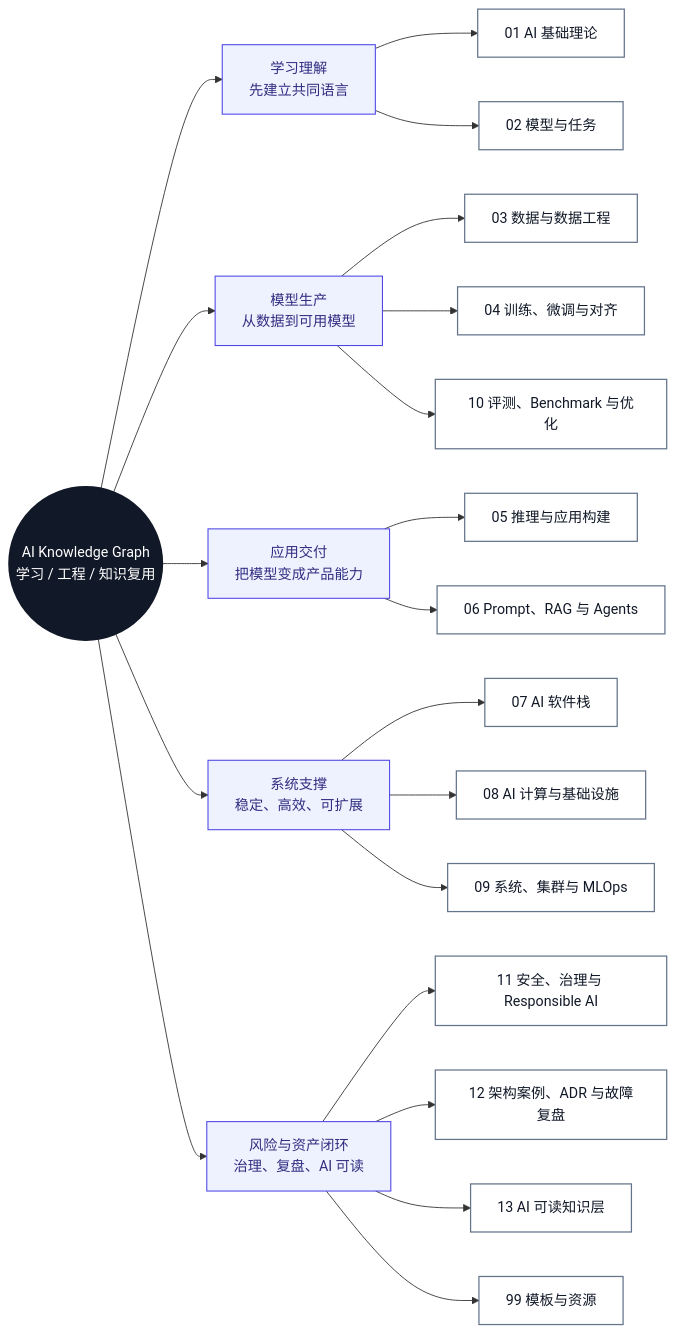
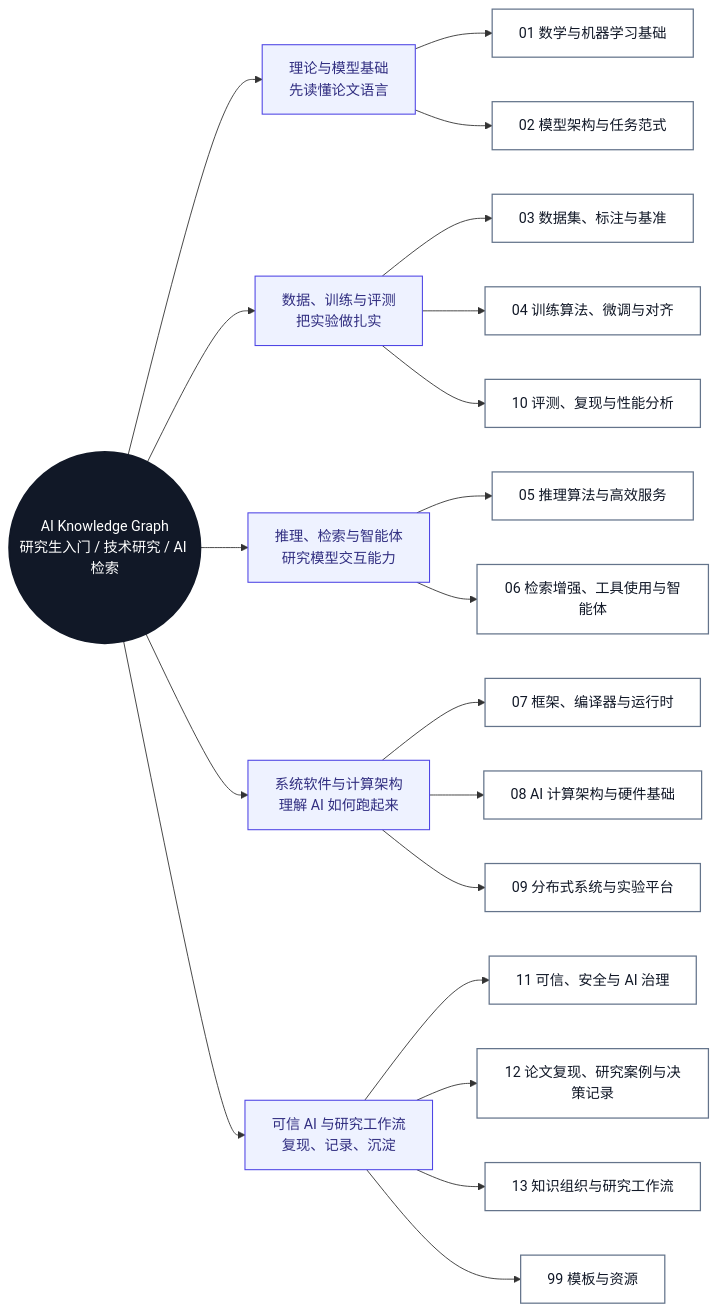
The first of 6 diagrams in docs/knowledge-map.md (AmourSec/aikg), drawn with Mermaid before and after one commit. The commit also changed other lines of this file and 22 other files, not shown here.

````diff
--- a/docs/knowledge-map.md
+++ b/docs/knowledge-map.md
@@ -15,52 +15,52 @@
 ```mermaid
 flowchart LR
-  KG(("AI Knowledge Graph<br/>学习 / 工程 / 知识复用"))
+  KG(("AI Knowledge Graph<br/>研究生入门 / 技术研究 / AI 检索"))
 
-  KG --> S1["学习理解<br/>先建立共同语言"]
-  KG --> S2["模型生产<br/>从数据到可用模型"]
-  KG --> S3["应用交付<br/>把模型变成产品能力"]
-  KG --> S4["系统支撑<br/>稳定、高效、可扩展"]
-  KG --> S5["风险与资产闭环<br/>治理、复盘、AI 可读"]
+  KG --> S1["理论与模型基础<br/>先读懂论文语言"]
+  KG --> S2["数据、训练与评测<br/>把实验做扎实"]
+  KG --> S3["推理、检索与智能体<br/>研究模型交互能力"]
+  KG --> S4["系统软件与计算架构<br/>理解 AI 如何跑起来"]
+  KG --> S5["可信 AI 与研究工作流<br/>复现、记录、沉淀"]
 
-  S1 --> M01["01 AI 基础理论"]
-  S1 --> M02["02 模型与任务"]
+  S1 --> M01["01 数学与机器学习基础"]
+  S1 --> M02["02 模型架构与任务范式"]
 
-  S2 --> M03["03 数据与数据工程"]
-  S2 --> M04["04 训练、微调与对齐"]
-  S2 --> M10["10 评测、Benchmark 与优化"]
+  S2 --> M03["03 数据集、标注与基准"]
+  S2 --> M04["04 训练算法、微调与对齐"]
+  S2 --> M10["10 评测、复现与性能分析"]
 
-  S3 --> M05["05 推理与应用构建"]
-  S3 --> M06["06 Prompt、RAG 与 Agents"]
+  S3 --> M05["05 推理算法与高效服务"]
+  S3 --> M06["06 检索增强、工具使用与智能体"]
 
-  S4 --> M07["07 AI 软件栈"]
-  S4 --> M08["08 AI 计算与基础设施"]
-  S4 --> M09["09 系统、集群与 MLOps"]
+  S4 --> M07["07 框架、编译器与运行时"]
+  S4 --> M08["08 AI 计算架构与硬件基础"]
+  S4 --> M09["09 分布式系统与实验平台"]
 
-  S5 --> M11["11 安全、治理与 Responsible AI"]
-  S5 --> M12["12 架构案例、ADR 与故障复盘"]
-  S5 --> M13["13 AI 可读知识层"]
+  S5 --> M11["11 可信、安全与 AI 治理"]
+  S5 --> M12["12 论文复现、研究案例与决策记录"]
+  S5 --> M13["13 知识组织与研究工作流"]
   S5 --> M99["99 模板与资源"]
 
   click KG "../" "打开首页"
-  click M01 "../01-ai-basics/" "打开 AI 基础理论"
-  click M02 "../02-models-and-tasks/" "打开模型与任务"
-  click M03 "../03-data-engineering/" "打开数据与数据工程"
-  click M04 "../04-training-finetuning-alignment/" "打开训练、微调与对齐"
-  click M05 "../05-inference-apps/" "打开推理与应用构建"
-  click M06 "../06-prompt-rag-agents/" "打开 Prompt、RAG 与 Agents"
-  click M07 "../07-ai-software-stack/" "打开 AI 软件栈"
-  click M08 "../08-ai-compute-infra/" "打开 AI 计算与基础设施"
-  click M09 "../09-systems-mlops/" "打开系统、集群与 MLOps"
-  click M10 "../10-evaluation-benchmark-optimization/" "打开评测、Benchmark 与优化"
-  click M11 "../11-safety-governance/" "打开安全、治理与 Responsible AI"
-  click M12 "../12-architecture-cases/" "打开架构案例、ADR 与故障复盘"
-  click M13 "../13-ai-indexing/" "打开 AI 可读知识层"
+  click M01 "../01-ai-basics/" "打开数学与机器学习基础"
+  click M02 "../02-models-and-tasks/" "打开模型架构与任务范式"
+  click M03 "../03-data-engineering/" "打开数据集、标注与基准"
+  click M04 "../04-training-finetuning-alignment/" "打开训练算法、微调与对齐"
+  click M05 "../05-inference-apps/" "打开推理算法与高效服务"
+  click M06 "../06-prompt-rag-agents/" "打开检索增强、工具使用与智能体"
+  click M07 "../07-ai-software-stack/" "打开框架、编译器与运行时"
+  click M08 "../08-ai-compute-infra/" "打开 AI 计算架构与硬件基础"
+  click M09 "../09-systems-mlops/" "打开分布式系统与实验平台"
+  click M10 "../10-evaluation-benchmark-optimization/" "打开评测、复现与性能分析"
+  click M11 "../11-safety-governance/" "打开可信、安全与 AI 治理"
+  click M12 "../12-architecture-cases/" "打开论文复现、研究案例与决策记录"
+  click M13 "../13-ai-indexing/" "打开知识组织与研究工作流"
   click M99 "../99-templates/knowledge-note/" "打开模板"
 
   classDef root fill:#111827,color:#ffffff,stroke:#111827,stroke-width:2px;
   classDef trunk fill:#eef2ff,color:#312e81,stroke:#4f46e5,stroke-width:1.2px;
   classDef module fill:#ffffff,color:#111827,stroke:#64748b,stroke-width:1.4px;
   class KG root;
   class S1,S2,S3,S4,S5 trunk;
   class M01,M02,M03,M04,M05,M06,M07,M08,M09,M10,M11,M12,M13,M99 module;
 ```
````
